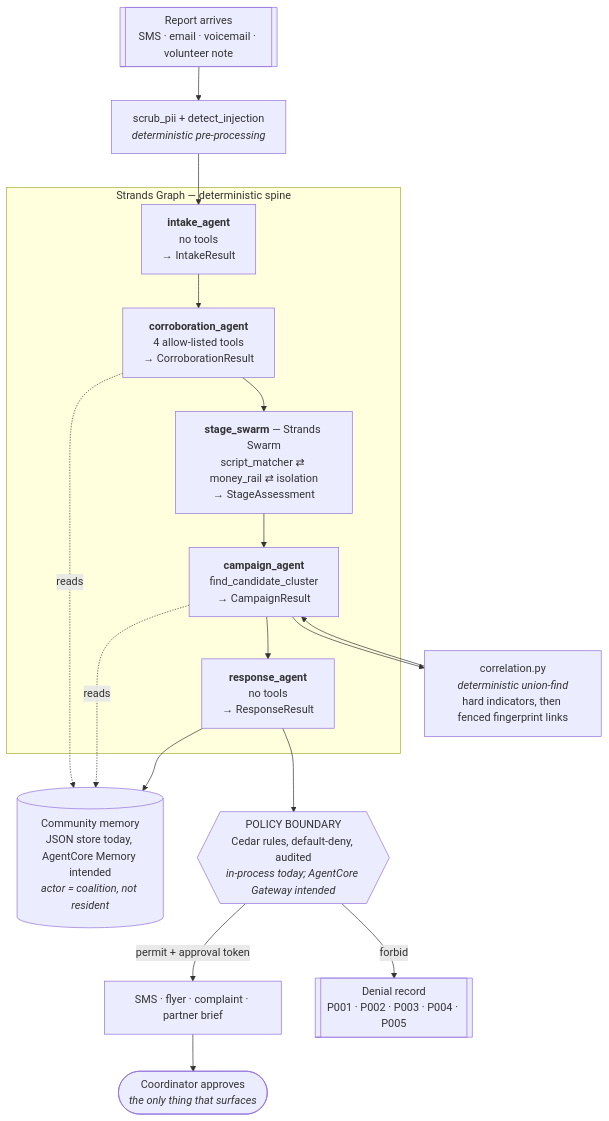
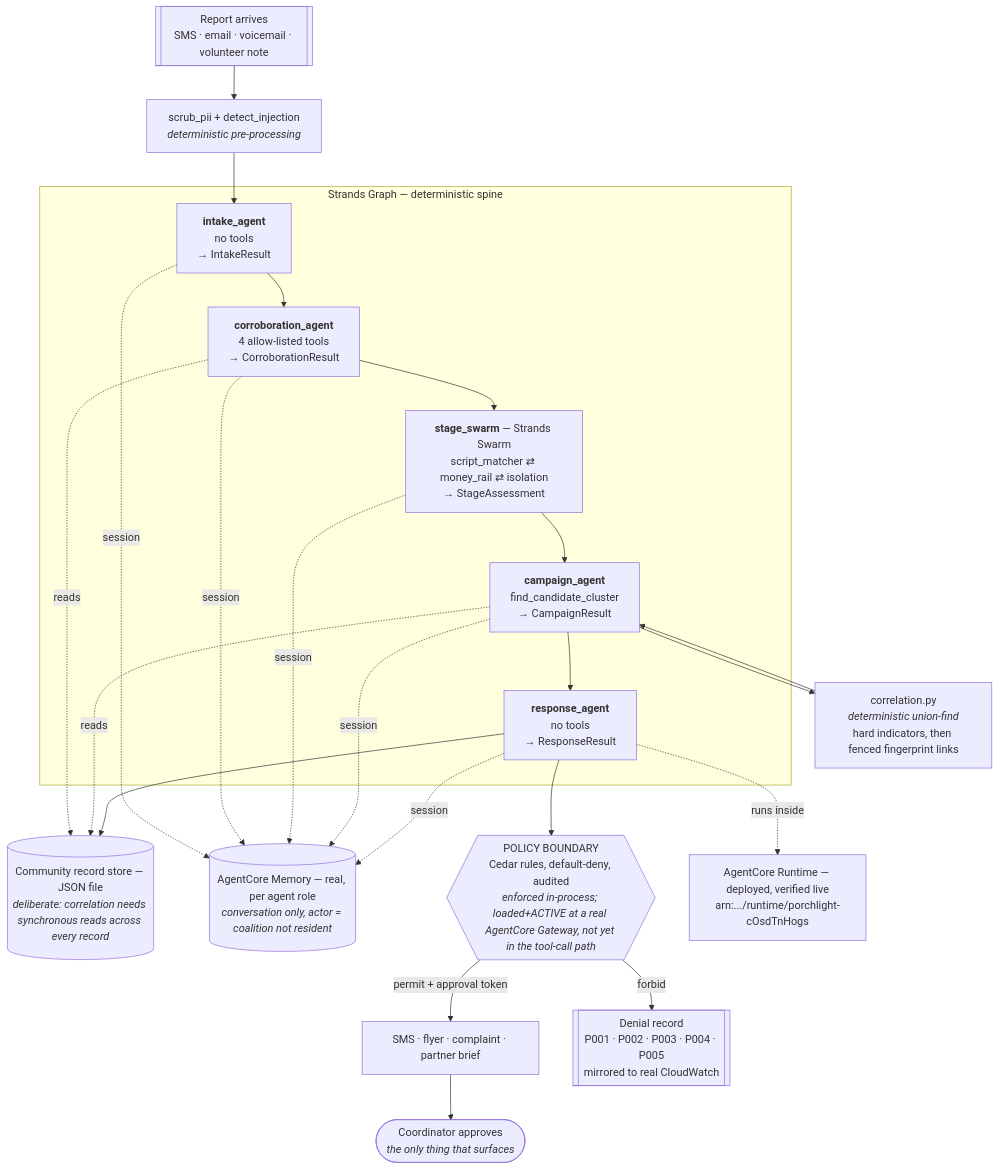
The diagram in docs/architecture.md (Unknown1502/porchlight), drawn with Mermaid before and after one commit. The commit also changed other lines of this file and 5 other files, not shown here.

````diff
--- a/docs/architecture.md
+++ b/docs/architecture.md
@@ -19,28 +19,36 @@
 ```mermaid
 flowchart TD
     R[["Report arrives<br/>SMS · email · voicemail · volunteer note"]]
     R --> SAN["scrub_pii + detect_injection<br/><i>deterministic pre-processing</i>"]
     SAN --> N1
 
     subgraph SPINE["Strands Graph — deterministic spine"]
         N1["<b>intake_agent</b><br/>no tools<br/>→ IntakeResult"]
         N2["<b>corroboration_agent</b><br/>4 allow-listed tools<br/>→ CorroborationResult"]
         N3["<b>stage_swarm</b> — Strands Swarm<br/>script_matcher ⇄ money_rail ⇄ isolation<br/>→ StageAssessment"]
         N4["<b>campaign_agent</b><br/>find_candidate_cluster<br/>→ CampaignResult"]
         N5["<b>response_agent</b><br/>no tools<br/>→ ResponseResult"]
         N1 --> N2 --> N3 --> N4 --> N5
     end
 
-    N2 -.reads.-> MEM[("Community memory<br/>JSON store today, AgentCore Memory intended<br/><i>actor = coalition, not resident</i>")]
+    N2 -.reads.-> MEM[("Community record store — JSON file<br/><i>deliberate: correlation needs synchronous reads across every record</i>")]
     N4 -.reads.-> MEM
     N5 --> MEM
+
+    N1 -.session.-> AMEM[("AgentCore Memory — real, per agent role<br/><i>conversation only, actor = coalition not resident</i>")]
+    N2 -.session.-> AMEM
+    N3 -.session.-> AMEM
+    N4 -.session.-> AMEM
+    N5 -.session.-> AMEM
 
     N4 --> CORR["correlation.py<br/><i>deterministic union-find</i><br/>hard indicators, then fenced fingerprint links"]
     CORR --> N4
 
-    N5 --> GATE{{"POLICY BOUNDARY<br/>Cedar rules, default-deny, audited<br/><i>in-process today; AgentCore Gateway intended</i>"}}
+    N5 --> GATE{{"POLICY BOUNDARY<br/>Cedar rules, default-deny, audited<br/><i>enforced in-process; loaded+ACTIVE at a real AgentCore Gateway, not yet in the tool-call path</i>"}}
     GATE -->|permit + approval token| OUT["SMS · flyer · complaint · partner brief"]
-    GATE -->|forbid| AUDIT[["Denial record<br/>P001 · P002 · P003 · P004 · P005"]]
+    GATE -->|forbid| AUDIT[["Denial record<br/>P001 · P002 · P003 · P004 · P005<br/>mirrored to real CloudWatch"]]
 
     OUT --> HUMAN(["Coordinator approves<br/><i>the only thing that surfaces</i>"])
+
+    N5 -.runs inside.-> RUNTIME["AgentCore Runtime — deployed, verified live<br/>arn:.../runtime/porchlight-cOsdTnHogs"]
 ```
````
